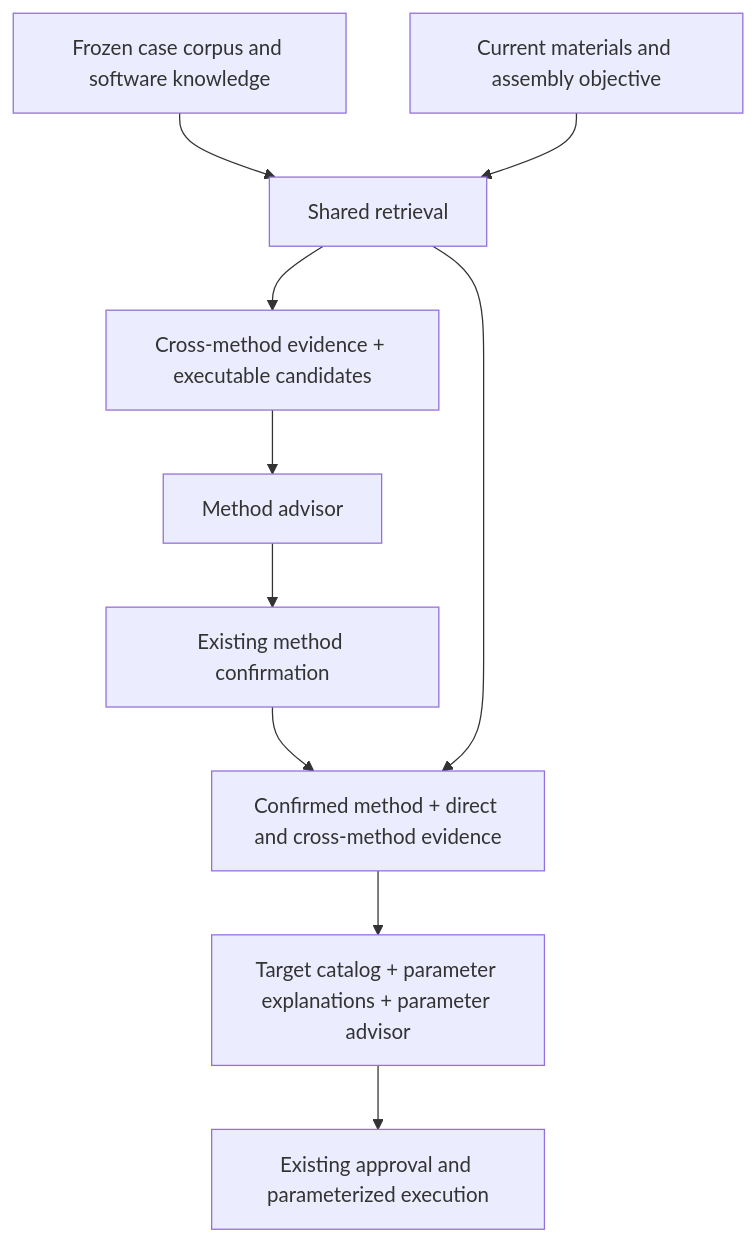
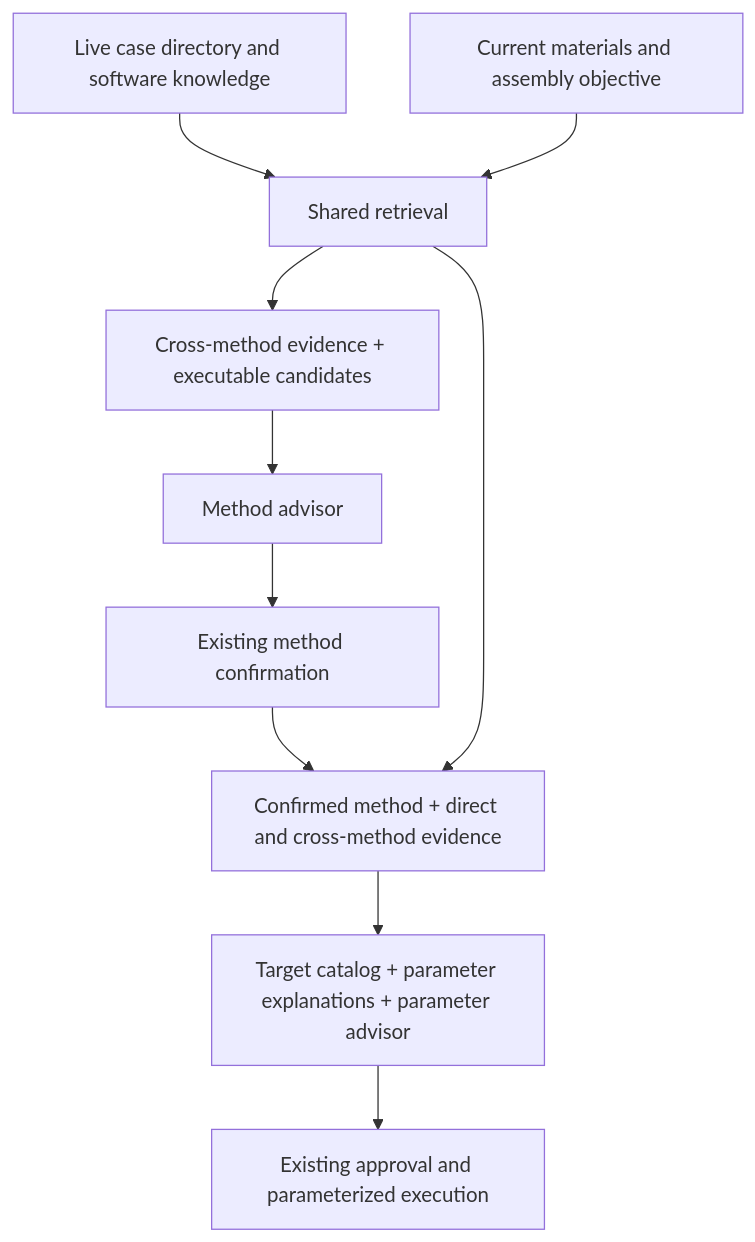
The diagram in docs/architecture/reference/casepack.md (lux-666/genevis), drawn with Mermaid before and after one commit. The commit also changed other lines of this file and 6 other files, not shown here.

Commit message:
docs: define live case ownership and compact recommendation projections

````diff
--- a/docs/architecture/reference/casepack.md
+++ b/docs/architecture/reference/casepack.md
@@ -168,12 +185,12 @@
 ```mermaid
 flowchart TD
-    C["Frozen case corpus and software knowledge"] --> R["Shared retrieval"]
+    C["Live case directory and software knowledge"] --> R["Shared retrieval"]
     Q["Current materials and assembly objective"] --> R
     R --> M["Cross-method evidence + executable candidates"]
     M --> A["Method advisor"]
     A --> H["Existing method confirmation"]
     H --> P["Confirmed method + direct and cross-method evidence"]
     R --> P
     P --> L["Target catalog + parameter explanations + parameter advisor"]
     L --> E["Existing approval and parameterized execution"]
 ```
````
